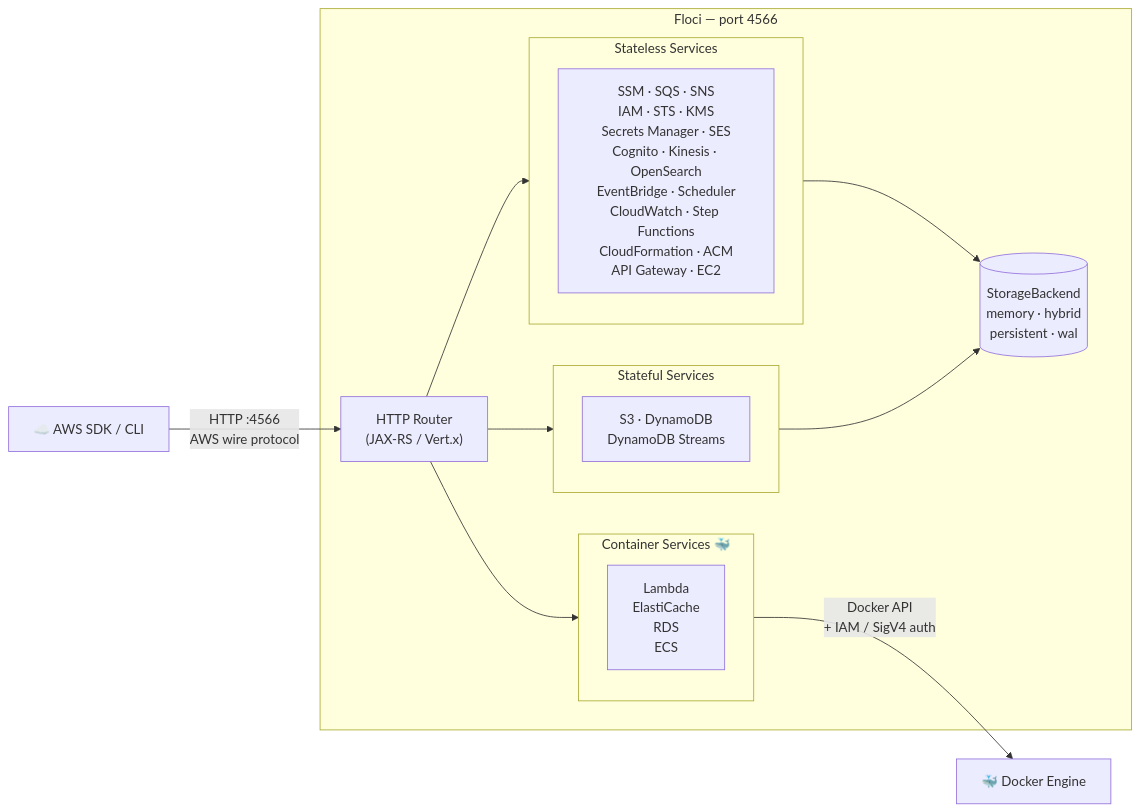
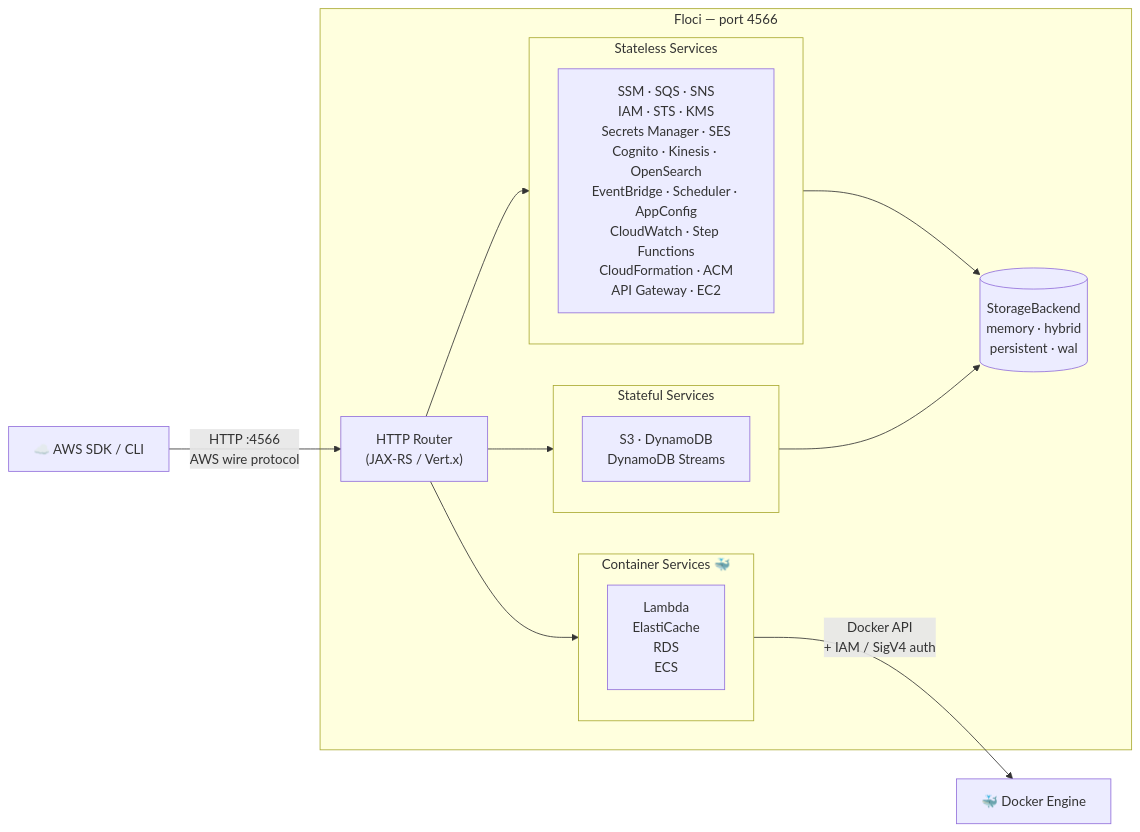
Before and after one commit to ryan00x/aws-terraform-ci-validation: the diagram in README.md, drawn with Mermaid. The commit also changed other lines of this file and 24 other files, not shown here.

````diff
--- a/README.md
+++ b/README.md
@@ -61,29 +61,29 @@
 ```mermaid
 flowchart LR
     Client["☁️ AWS SDK / CLI"]
 
     subgraph Floci ["Floci — port 4566"]
         Router["HTTP Router\n(JAX-RS / Vert.x)"]
 
         subgraph Stateless ["Stateless Services"]
-            A["SSM · SQS · SNS\nIAM · STS · KMS\nSecrets Manager · SES\nCognito · Kinesis · OpenSearch\nEventBridge · Scheduler\nCloudWatch · Step Functions\nCloudFormation · ACM\nAPI Gateway · EC2"]
+            A["SSM · SQS · SNS\nIAM · STS · KMS\nSecrets Manager · SES\nCognito · Kinesis · OpenSearch\nEventBridge · Scheduler · AppConfig\nCloudWatch · Step Functions\nCloudFormation · ACM\nAPI Gateway · EC2"]
         end
 
         subgraph Stateful ["Stateful Services"]
             B["S3 · DynamoDB\nDynamoDB Streams"]
         end
 
         subgraph Containers ["Container Services  🐳"]
             C["Lambda\nElastiCache\nRDS\nECS"]
         end
 
         Router --> Stateless
         Router --> Stateful
         Router --> Containers
         Stateless & Stateful --> Store[("StorageBackend\nmemory · hybrid\npersistent · wal")]
     end
 
     Docker["🐳 Docker Engine"]
     Client -->|"HTTP :4566\nAWS wire protocol"| Router
     Containers -->|"Docker API\n+ IAM / SigV4 auth"| Docker
 ```
````
